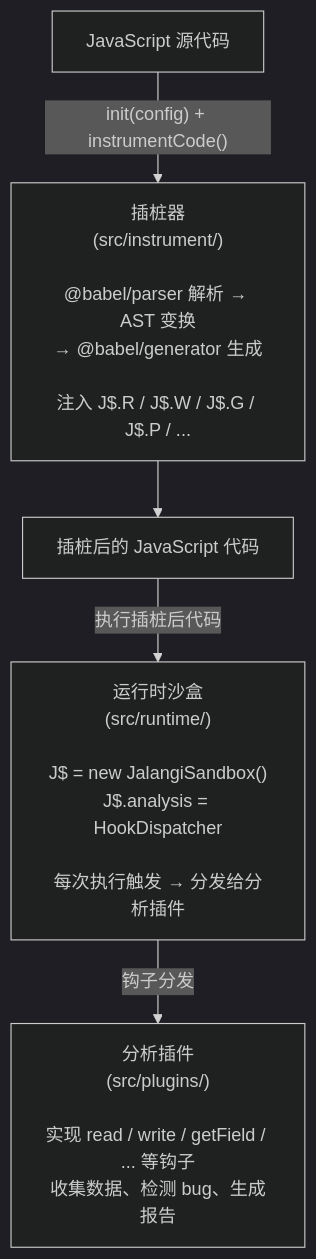
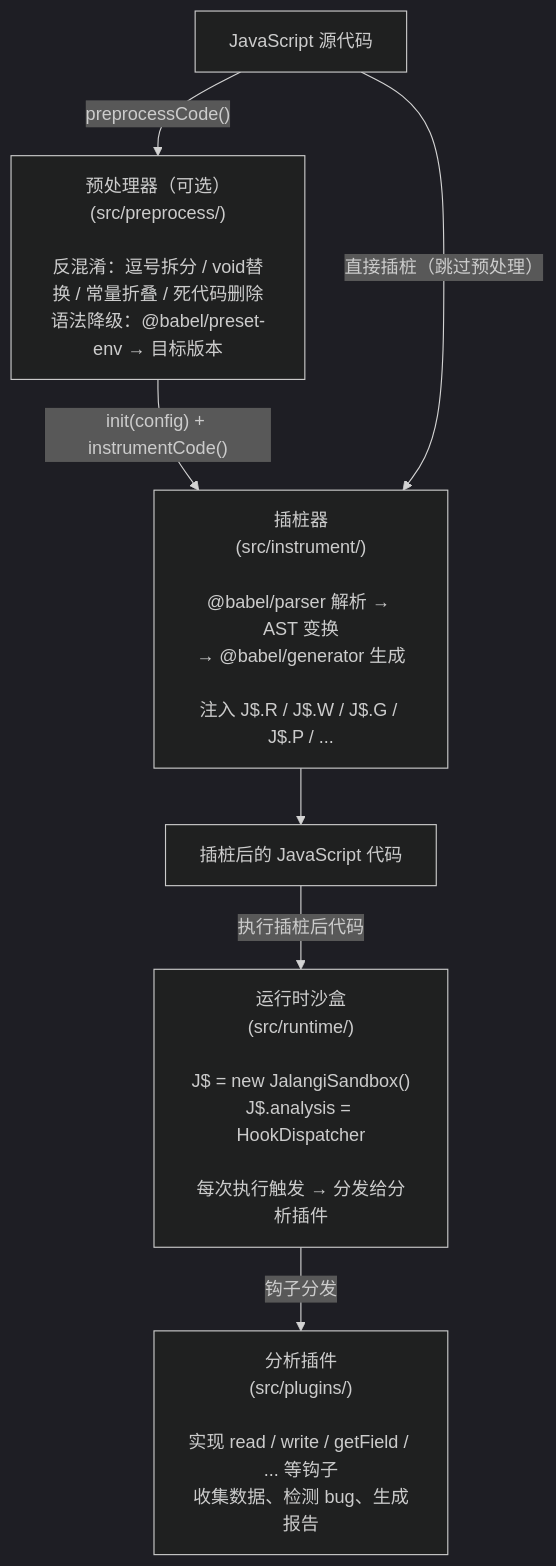
One commit to fuckreverse/Jani changed the first of 3 diagrams in docs/Overview.md. Above: the diagram before and after it, drawn with Mermaid (dark theme). The commit also changed other lines of this file and 11 other files, not shown here.

````diff
--- a/docs/Overview.md
+++ b/docs/Overview.md
@@ -16,13 +16,16 @@
 ```mermaid
 flowchart TD
     SRC["JavaScript 源代码"]
+    PRE["预处理器（可选）\n(src/preprocess/)\n\n反混淆：逗号拆分 / void替换 / 常量折叠 / 死代码删除\n语法降级：@babel/preset-env → 目标版本"]
     INSTR["插桩器\n(src/instrument/)\n\n@babel/parser 解析 → AST 变换\n→ @babel/generator 生成\n\n注入 J$.R / J$.W / J$.G / J$.P / ..."]
     OUT["插桩后的 JavaScript 代码"]
     RT["运行时沙盒\n(src/runtime/)\n\nJ$ = new JalangiSandbox()\nJ$.analysis = HookDispatcher\n\n每次执行触发 → 分发给分析插件"]
     PLUGIN["分析插件\n(src/plugins/)\n\n实现 read / write / getField / ... 等钩子\n收集数据、检测 bug、生成报告"]
 
-    SRC -->|"init(config) + instrumentCode()"| INSTR
+    SRC -->|"preprocessCode()"| PRE
+    PRE -->|"init(config) + instrumentCode()"| INSTR
+    SRC -->|"直接插桩（跳过预处理）"| INSTR
     INSTR --> OUT
     OUT -->|"执行插桩后代码"| RT
     RT -->|"钩子分发"| PLUGIN
 ```
````
